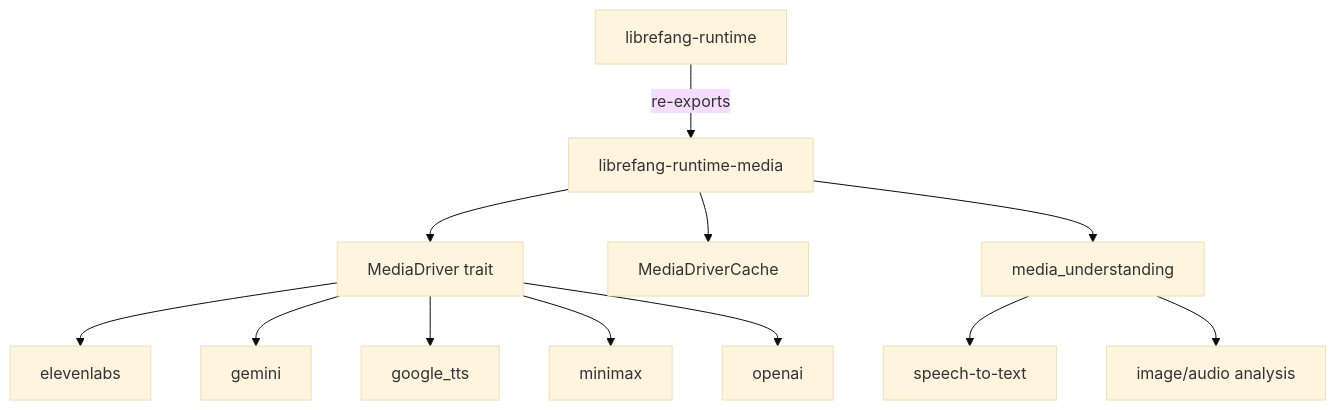
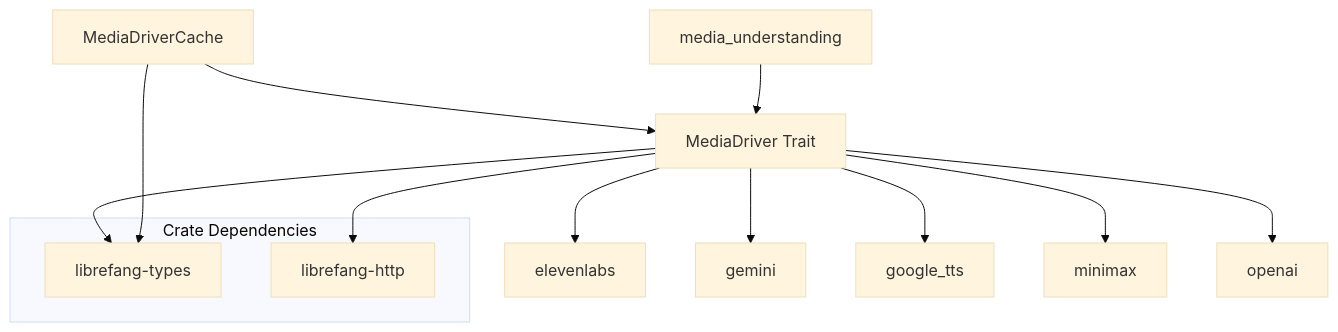
Before and after one commit to leszek3737/librefang-WIki: the first of 2 diagrams in other-librefang-runtime-media.md, drawn with Mermaid (base theme). The commit also changed other lines of this file and 128 other files, not shown here.

````diff
--- a/other-librefang-runtime-media.md
+++ b/other-librefang-runtime-media.md
@@ -9,14 +15,19 @@
 ```mermaid
 graph TD
-    A[librefang-runtime] -->|re-exports| B[librefang-runtime-media]
-    B --> C[MediaDriver trait]
-    B --> D[MediaDriverCache]
-    B --> E[media_understanding]
-    C --> F[elevenlabs]
-    C --> G[gemini]
-    C --> H[google_tts]
-    C --> I[minimax]
-    C --> J[openai]
-    E --> K[speech-to-text]
-    E --> L[image/audio analysis]
+    A[MediaDriver Trait] --> B[elevenlabs]
+    A --> C[gemini]
+    A --> D[google_tts]
+    A --> E[minimax]
+    A --> F[openai]
+    G[MediaDriverCache] --> A
+    H[media_understanding] --> A
+
+    subgraph "Crate Dependencies"
+        I[librefang-types]
+        J[librefang-http]
+    end
+
+    A --> I
+    A --> J
+    G --> I
 ```
````
